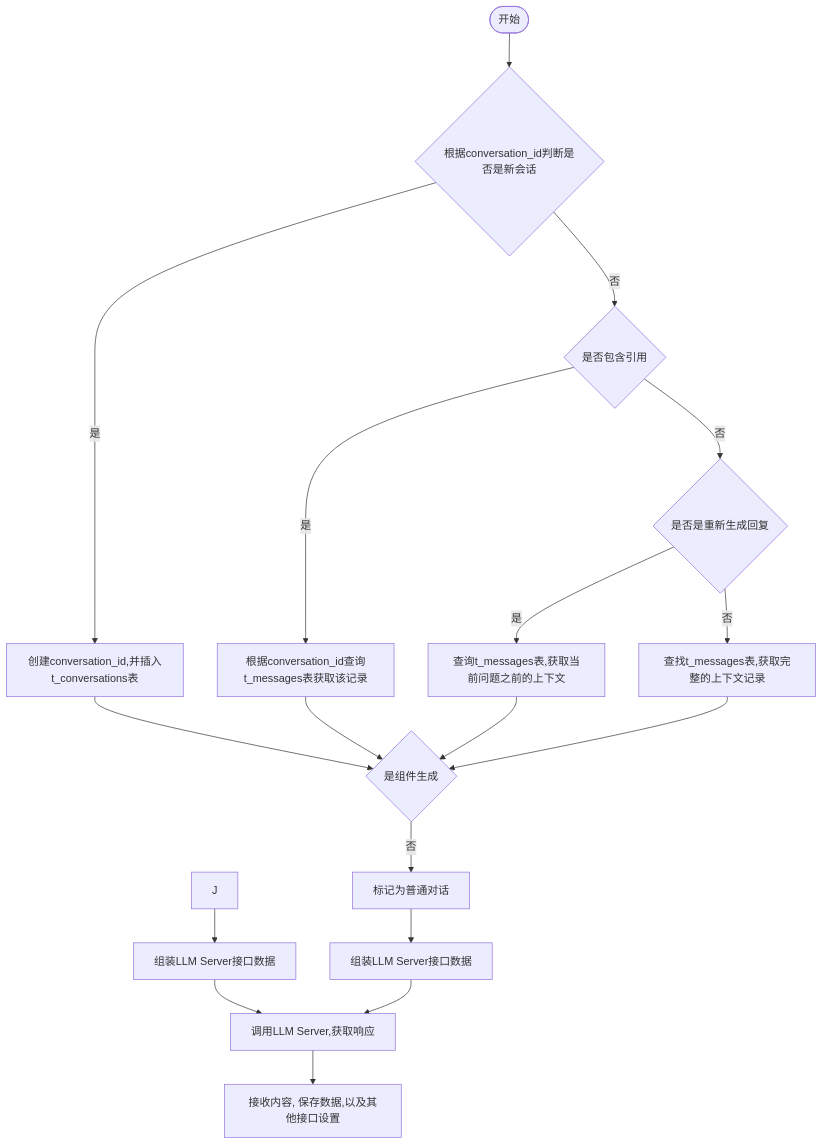
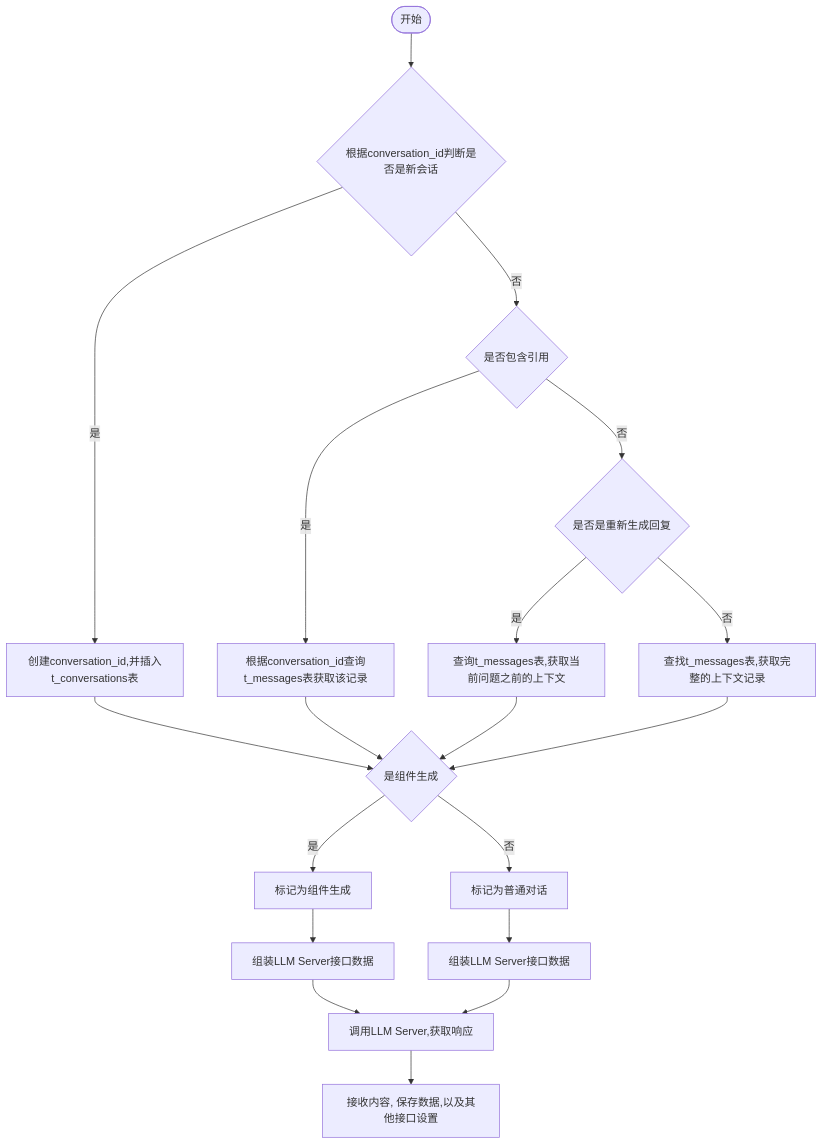
Before and after one commit to yingjianzh/iodraw-files: the diagram in all/未命名-7.md, drawn with Mermaid.

Commit message:
2024-10-12 14:28:43 update

````diff
--- a/all/未命名-7.md
+++ b/all/未命名-7.md
@@ -1,20 +1,21 @@
 ```mermaid
 flowchart TD
     A([开始]) --> B{根据conversation_id判断是否是新会话}
     B -- 是 --> C[创建conversation_id,并插入t_conversations表]
     B -- 否 --> D{是否包含引用}
     D -- 是 --> E[根据conversation_id查询t_messages表获取该记录]
     D -- 否 --> F{是否是重新生成回复}
     F -- 是 --> G[查询t_messages表,获取当前问题之前的上下文]
     F -- 否 --> H[查找t_messages表,获取完整的上下文记录]
      
     C & E & G & H --> I{是组件生成}
     
     I -- 否 --> K[标记为普通对话]
-
+    I -- 是 --> J[标记为组件生成]
+    
     J --> L[组装LLM Server接口数据]    
     K --> M[组装LLM Server接口数据]    
     L & M --> N[调用LLM Server,获取响应]    
     N --> O[接收内容, 保存数据,以及其他接口设置]
 
 ```
````
